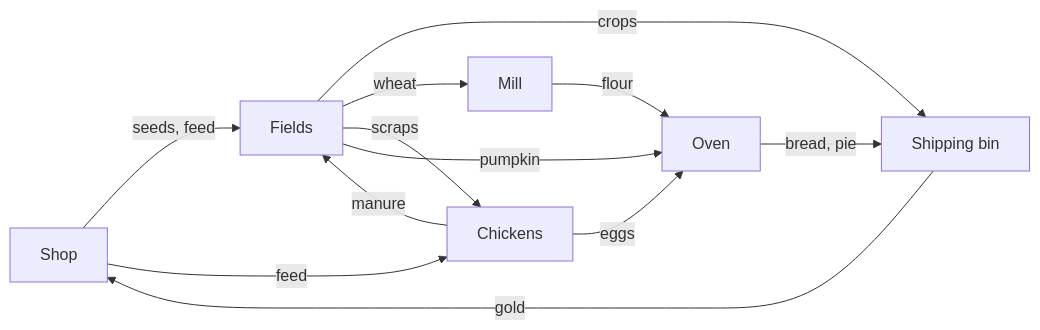
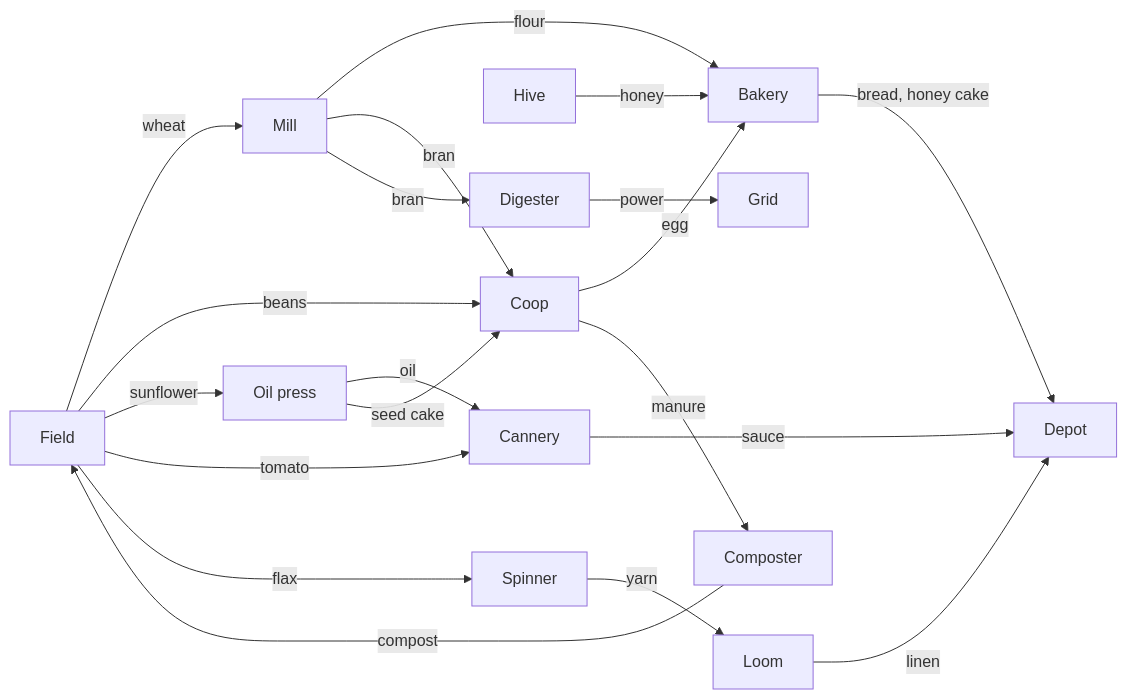
One commit to CelestialLemon/Soil-n-Silo changed the diagram in docs/DESIGN.md. Above: the diagram before and after it, drawn with Mermaid. The commit also changed other lines of this file and 124 other files, not shown here.

````diff
--- a/docs/DESIGN.md
+++ b/docs/DESIGN.md
@@ -13,14 +107,22 @@
 ```mermaid
 flowchart LR
-  Shop -- seeds, feed --> Fields
-  Fields -- crops --> Bin[Shipping bin]
-  Fields -- wheat --> Mill
-  Fields -- scraps --> Chickens
-  Shop -- feed --> Chickens
-  Chickens -- eggs --> Oven
-  Chickens -- manure --> Fields
-  Mill -- flour --> Oven
-  Fields -- pumpkin --> Oven
-  Oven -- bread, pie --> Bin
-  Bin -- gold --> Shop
+  Field -- wheat --> Mill
+  Mill -- flour --> Bakery
+  Mill -- bran --> Coop
+  Field -- beans --> Coop
+  Coop -- egg --> Bakery
+  Coop -- manure --> Composter
+  Composter -- compost --> Field
+  Hive -- honey --> Bakery
+  Field -- sunflower --> Press[Oil press]
+  Press -- oil --> Cannery
+  Press -- seed cake --> Coop
+  Field -- tomato --> Cannery
+  Field -- flax --> Spinner
+  Spinner -- yarn --> Loom
+  Bakery -- bread, honey cake --> Depot
+  Cannery -- sauce --> Depot
+  Loom -- linen --> Depot
+  Mill -- bran --> Digester
+  Digester -- power --> Grid
 ```
````
